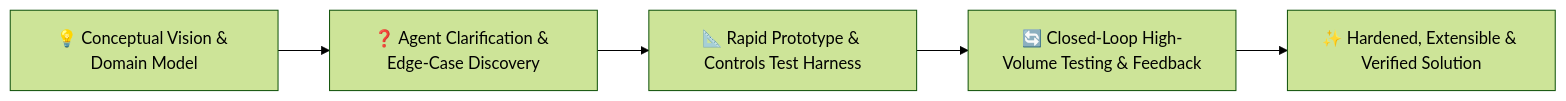
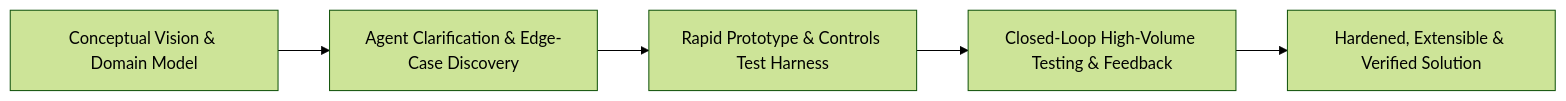
One commit to spelech/AgenticEngineeringToolbelt changed the first of 4 diagrams in docs/standards/engineering-style-guide.md. Above: the diagram before and after it, drawn with Mermaid (forest theme). The commit also changed other lines of this file and 42 other files, not shown here.

````diff
--- a/docs/standards/engineering-style-guide.md
+++ b/docs/standards/engineering-style-guide.md
@@ -14,7 +14,7 @@
 ```mermaid
 flowchart LR
-    A["💡 Conceptual Vision & Domain Model"] --> B["❓ Agent Clarification & Edge-Case Discovery"]
-    B --> C["📐 Rapid Prototype & Controls Test Harness"]
-    C --> D["🔄 Closed-Loop High-Volume Testing & Feedback"]
-    D --> E["✨ Hardened, Extensible & Verified Solution"]
+    A["Conceptual Vision & Domain Model"] --> B["Agent Clarification & Edge-Case Discovery"]
+    B --> C["Rapid Prototype & Controls Test Harness"]
+    C --> D["Closed-Loop High-Volume Testing & Feedback"]
+    D --> E["Hardened, Extensible & Verified Solution"]
 ```
````
